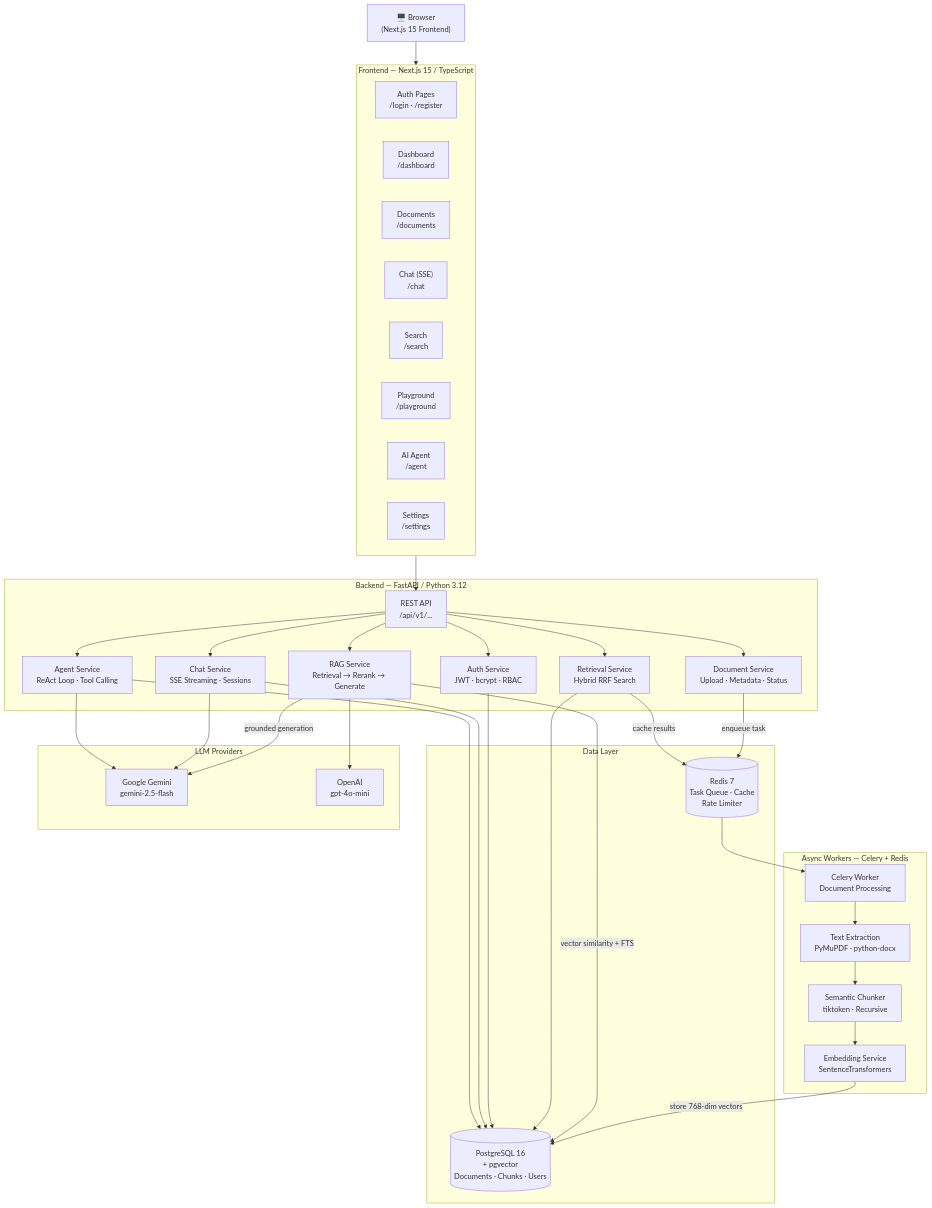
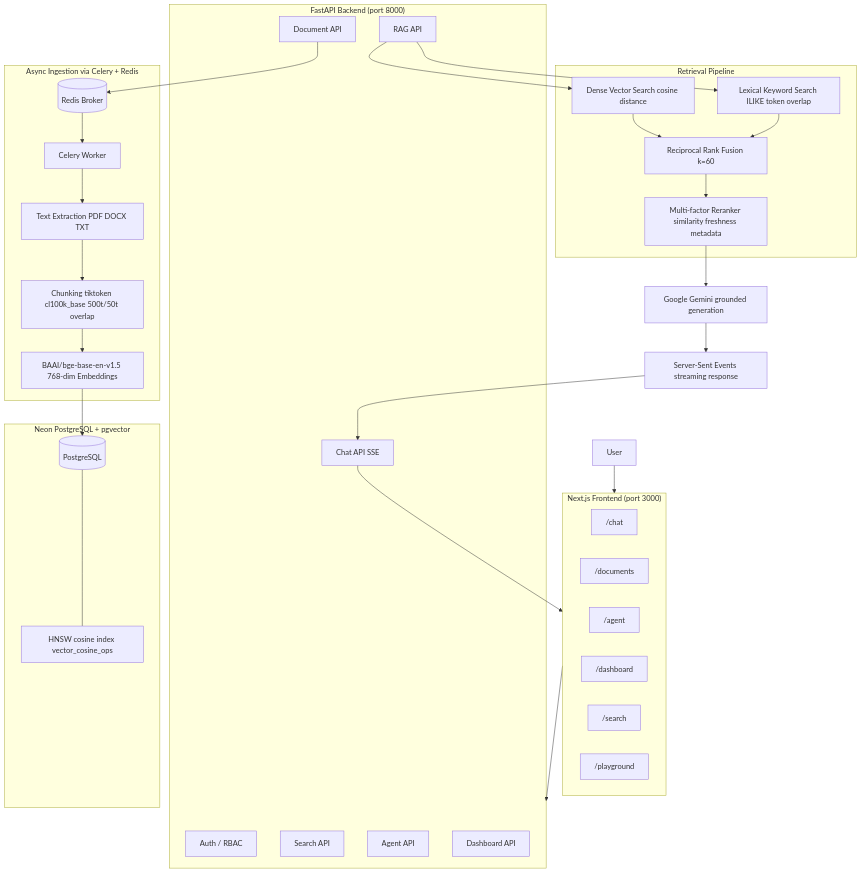
One commit to Hariom9951/Enterprise-RAG-AI-Assistant changed the diagram in README.md. Above: the diagram before and after it, drawn with Mermaid. The commit also changed other lines of this file, not shown here.

````diff
--- a/README.md
+++ b/README.md
@@ -84,68 +110,62 @@
 ```mermaid
 flowchart TD
-    Browser["🖥️ Browser\n(Next.js 15 Frontend)"]
+    User["User"]
 
-    subgraph Frontend["Frontend — Next.js 15 / TypeScript"]
-        Auth["Auth Pages\n/login · /register"]
-        Dashboard["Dashboard\n/dashboard"]
-        Documents["Documents\n/documents"]
-        Chat["Chat (SSE)\n/chat"]
-        Search["Search\n/search"]
-        Playground["Playground\n/playground"]
-        Agent["AI Agent\n/agent"]
-        Settings["Settings\n/settings"]
+    subgraph FE["Next.js Frontend (port 3000)"]
+        Chat["/chat"]
+        Docs["/documents"]
+        Agent["/agent"]
+        Dashboard["/dashboard"]
+        Search["/search"]
+        Playground["/playground"]
     end
 
-    subgraph Backend["Backend — FastAPI / Python 3.12"]
-        API["REST API\n/api/v1/..."]
-        AuthSvc["Auth Service\nJWT · bcrypt · RBAC"]
-        DocSvc["Document Service\nUpload · Metadata · Status"]
-        RAGSvc["RAG Service\nRetrieval → Rerank → Generate"]
-        ChatSvc["Chat Service\nSSE Streaming · Sessions"]
-        AgentSvc["Agent Service\nReAct Loop · Tool Calling"]
-        SearchSvc["Retrieval Service\nHybrid RRF Search"]
+    subgraph BE["FastAPI Backend (port 8000)"]
+        Auth["Auth / RBAC"]
+        DocAPI["Document API"]
+        ChatAPI["Chat API SSE"]
+        RAGAPI["RAG API"]
+        SearchAPI["Search API"]
+        AgentAPI["Agent API"]
+        DashAPI["Dashboard API"]
     end
 
-    subgraph AsyncWorkers["Async Workers — Celery + Redis"]
-        Worker["Celery Worker\nDocument Processing"]
-        Extractor["Text Extraction\nPyMuPDF · python-docx"]
-        Chunker["Semantic Chunker\ntiktoken · Recursive"]
-        Embedder["Embedding Service\nSentenceTransformers"]
+    subgraph Async["Async Ingestion via Celery + Redis"]
+        Redis[(Redis Broker)]
+        Worker["Celery Worker"]
+        Extract["Text Extraction PDF DOCX TXT"]
+        Chunk["Chunking tiktoken cl100k_base 500t/50t overlap"]
+        Embed["BAAI/bge-base-en-v1.5 768-dim Embeddings"]
     end
 
-    subgraph DataLayer["Data Layer"]
-        PG[("PostgreSQL 16\n+ pgvector\nDocuments · Chunks · Users")]
-        Redis[("Redis 7\nTask Queue · Cache\nRate Limiter")]
+    subgraph DB["Neon PostgreSQL + pgvector"]
+        PG[(PostgreSQL)]
+        HNSW["HNSW cosine index vector_cosine_ops"]
     end
 
-    subgraph LLM["LLM Providers"]
-        Gemini["Google Gemini\ngemini-2.5-flash"]
-        OpenAI["OpenAI\ngpt-4o-mini"]
+    subgraph Ret["Retrieval Pipeline"]
+        Dense["Dense Vector Search cosine distance"]
+        Lexical["Lexical Keyword Search ILIKE token overlap"]
+        RRF["Reciprocal Rank Fusion k=60"]
+        Rerank["Multi-factor Reranker similarity freshness metadata"]
     end
 
-    Browser --> Frontend
-    Frontend --> API
-    API --> AuthSvc
-    API --> DocSvc
-    API --> RAGSvc
-    API --> ChatSvc
-    API --> AgentSvc
-    API --> SearchSvc
+    Gemini["Google Gemini grounded generation"]
+    SSE["Server-Sent Events streaming response"]
 
-    DocSvc -->|"enqueue task"| Redis
+    User --> FE
+    FE --> BE
+    DocAPI --> Redis
     Redis --> Worker
-    Worker --> Extractor --> Chunker --> Embedder
-    Embedder -->|"store 768-dim vectors"| PG
-
-    RAGSvc -->|"vector similarity + FTS"| PG
-    SearchSvc --> PG
-    RAGSvc -->|"grounded generation"| Gemini
-    RAGSvc --> OpenAI
-    ChatSvc --> Gemini
-    AgentSvc --> Gemini
-
-    AuthSvc --> PG
-    ChatSvc --> PG
-    AgentSvc --> PG
-    SearchSvc -->|"cache results"| Redis
+    Worker --> Extract --> Chunk --> Embed --> PG
+    PG --- HNSW
+    RAGAPI --> Dense
+    RAGAPI --> Lexical
+    Dense --> RRF
+    Lexical --> RRF
+    RRF --> Rerank
+    Rerank --> Gemini
+    Gemini --> SSE
+    SSE --> ChatAPI
+    ChatAPI --> FE
 ```
````
